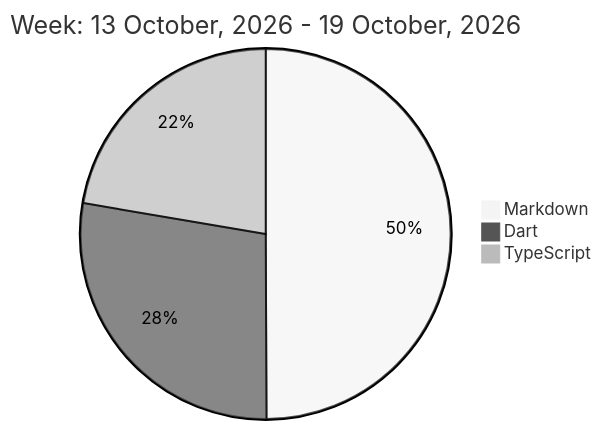
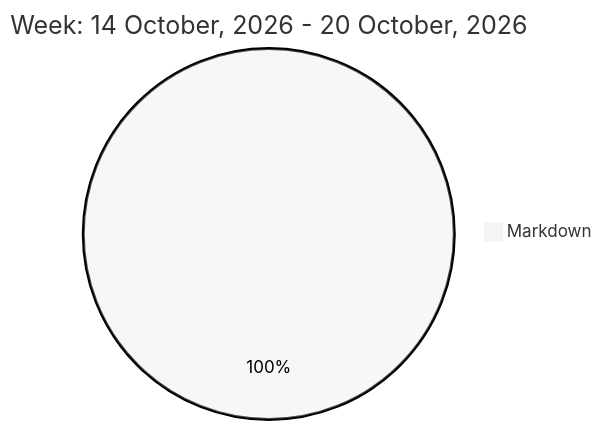
Before and after one commit to liubin95/liubin95: the diagram in README.md, drawn with Mermaid (neutral theme).

Commit message:
Updated the Graph with new Metrics

````diff
--- a/README.md
+++ b/README.md
@@ -32,7 +32,5 @@
 ```mermaid
  pie
-title Week: 13 October, 2026 - 19 October, 2026
- "Markdown" : 3.87
- "Dart" : 2.15
- "TypeScript" : 1.73
+title Week: 14 October, 2026 - 20 October, 2026
+ "Markdown" : 3.67
 ```
````
